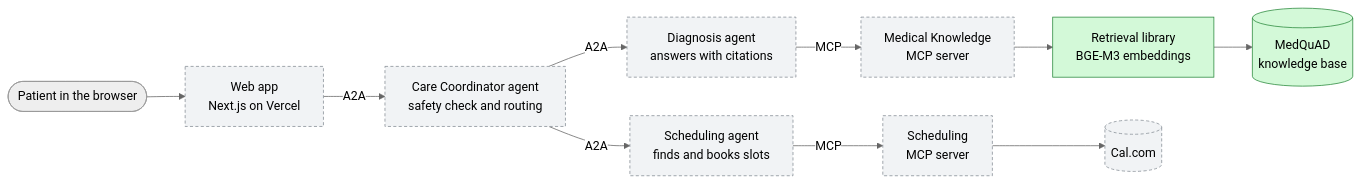
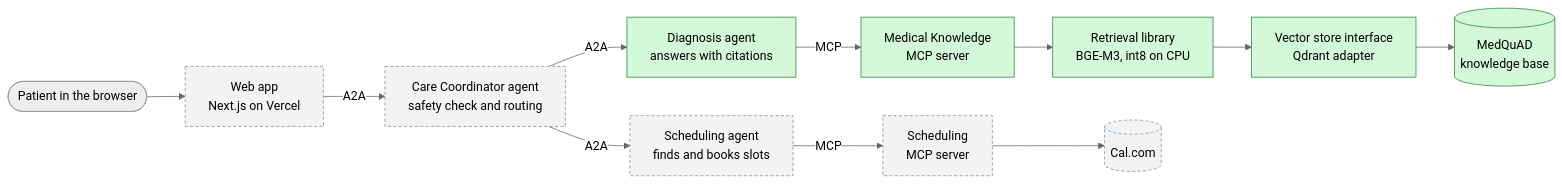
One commit to BijanProjects/RAGMed changed the first of 7 diagrams in README.md. Above: the diagram before and after it, drawn with Mermaid (neutral theme). The commit also changed other lines of this file and 2 other files, not shown here.

First line of the commit message:
docs: record every retrieval experiment and the final choices

````diff
--- a/README.md
+++ b/README.md
@@ -46,24 +47,25 @@
 ```mermaid
 flowchart LR
     user([Patient in the browser])
     web["Web app<br/>Next.js on Vercel"]
     coord["Care Coordinator agent<br/>safety check and routing"]
     diag["Diagnosis agent<br/>answers with citations"]
     sched["Scheduling agent<br/>finds and books slots"]
     mcpmed["Medical Knowledge<br/>MCP server"]
     mcpcal["Scheduling<br/>MCP server"]
-    retr["Retrieval library<br/>BGE-M3 embeddings"]
+    retr["Retrieval library<br/>BGE-M3, int8 on CPU"]
+    vs["Vector store interface<br/>Qdrant adapter"]
     kb[("MedQuAD<br/>knowledge base")]
     cal[("Cal.com")]
 
     user --> web -->|A2A| coord
     coord -->|A2A| diag
     coord -->|A2A| sched
-    diag -->|MCP| mcpmed --> retr --> kb
+    diag -->|MCP| mcpmed --> retr --> vs --> kb
     sched -->|MCP| mcpcal --> cal
 
     classDef done fill:#d3f9d8,stroke:#2b8a3e,color:#000
     classDef planned fill:#f1f3f5,stroke:#868e96,color:#000,stroke-dasharray: 4 3
-    class retr,kb done
-    class web,coord,diag,sched,mcpmed,mcpcal,cal planned
+    class diag,mcpmed,retr,vs,kb done
+    class web,coord,sched,mcpcal,cal planned
 ```
````
